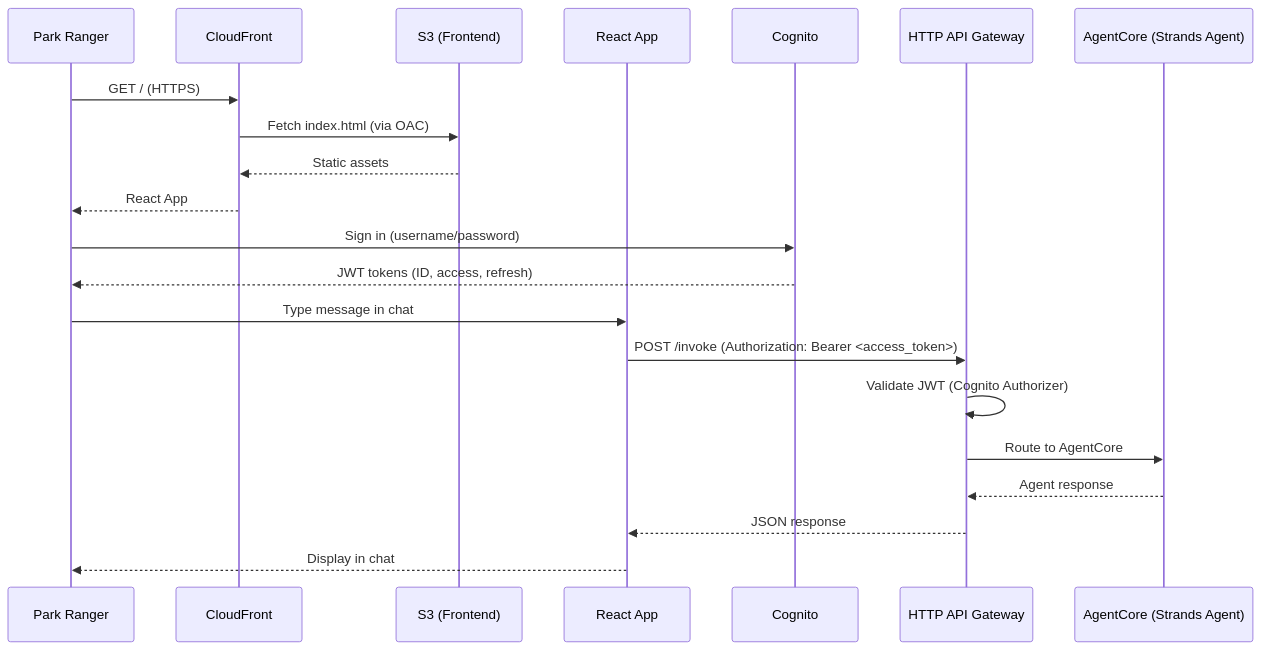
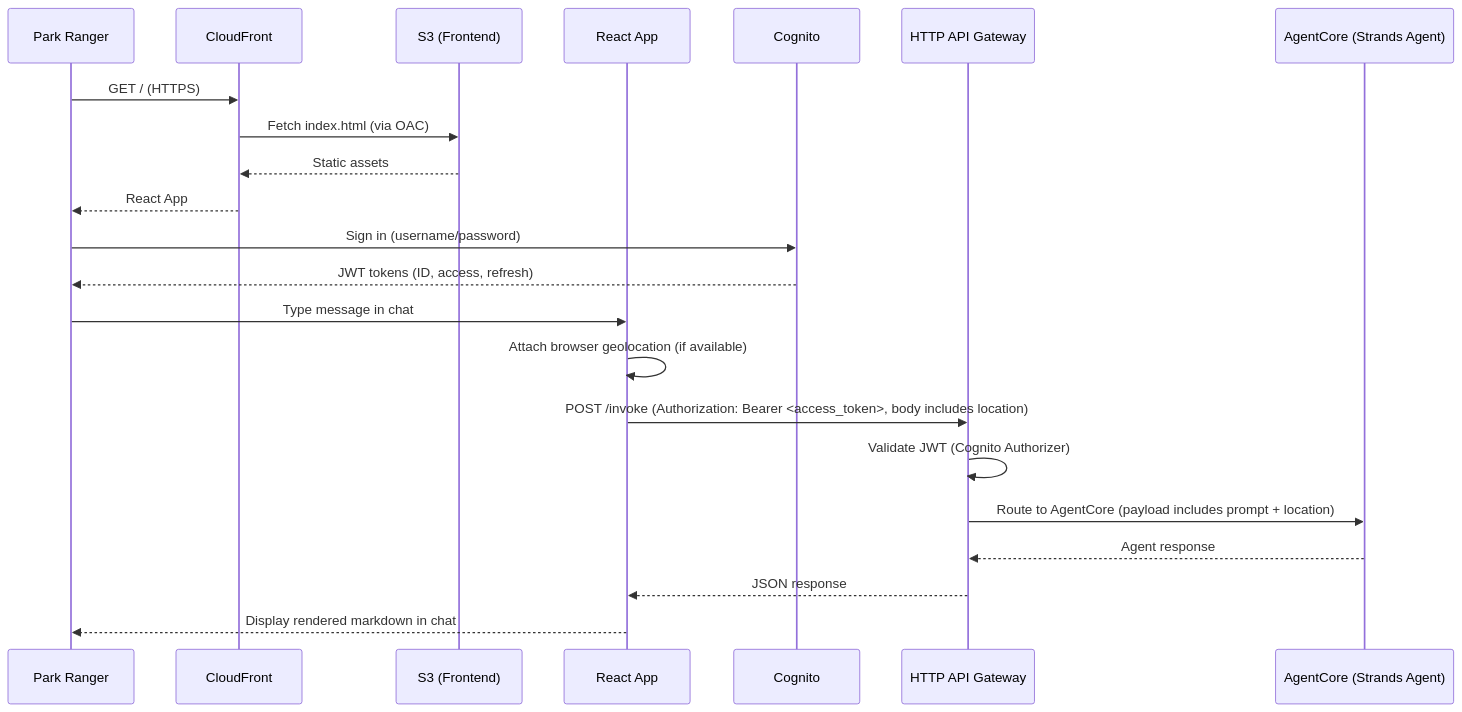
Before and after one commit to SimonDdraig/kiro-agentcore-mcp: the first of 2 diagrams in .kiro/specs/aws-agentcore-mcp-infrastructure/design.md, drawn with Mermaid. The commit also changed other lines of this file and 25 other files, not shown here.

````diff
--- a/.kiro/specs/aws-agentcore-mcp-infrastructure/design.md
+++ b/.kiro/specs/aws-agentcore-mcp-infrastructure/design.md
@@ -58,26 +58,27 @@
 ```mermaid
 sequenceDiagram
     participant Ranger as Park Ranger
     participant CF as CloudFront
     participant S3 as S3 (Frontend)
     participant App as React App
     participant Cognito as Cognito
     participant APIGW as HTTP API Gateway
     participant Agent as AgentCore (Strands Agent)
 
     Ranger->>CF: GET / (HTTPS)
     CF->>S3: Fetch index.html (via OAC)
     S3-->>CF: Static assets
     CF-->>Ranger: React App
 
     Ranger->>Cognito: Sign in (username/password)
     Cognito-->>Ranger: JWT tokens (ID, access, refresh)
 
     Ranger->>App: Type message in chat
-    App->>APIGW: POST /invoke (Authorization: Bearer <access_token>)
+    App->>App: Attach browser geolocation (if available)
+    App->>APIGW: POST /invoke (Authorization: Bearer <access_token>, body includes location)
     APIGW->>APIGW: Validate JWT (Cognito Authorizer)
-    APIGW->>Agent: Route to AgentCore
+    APIGW->>Agent: Route to AgentCore (payload includes prompt + location)
     Agent-->>APIGW: Agent response
     APIGW-->>App: JSON response
-    App-->>Ranger: Display in chat
+    App-->>Ranger: Display rendered markdown in chat
 ```
````
